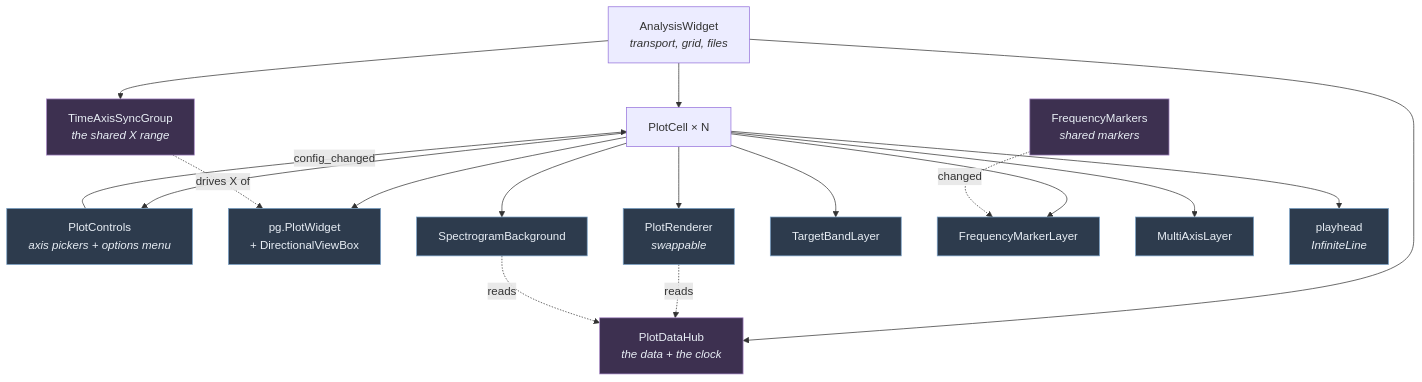
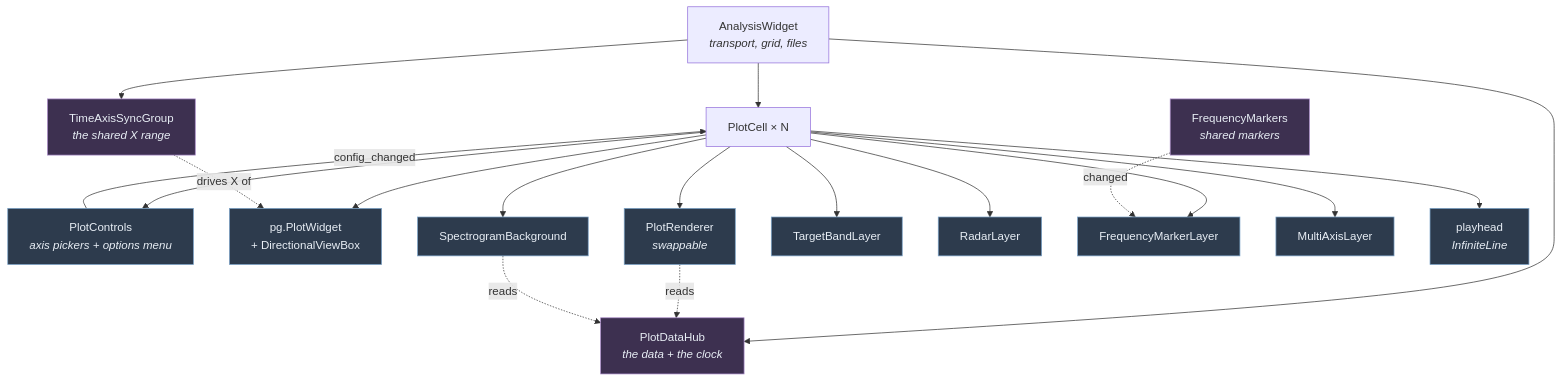
One commit to fabstr/voicevis changed the first of 7 diagrams in src/ui/plot/README.md. Above: the diagram before and after it, drawn with Mermaid. The commit also changed other lines of this file and 19 other files, not shown here.

Commit message:
Add radar chart

````diff
--- a/src/ui/plot/README.md
+++ b/src/ui/plot/README.md
@@ -38,30 +38,31 @@
 ```mermaid
 graph TD
     AW["AnalysisWidget<br/><i>transport, grid, files</i>"]
 
     AW --> HUB["PlotDataHub<br/><i>the data + the clock</i>"]
     AW --> SYNC["TimeAxisSyncGroup<br/><i>the shared X range</i>"]
     AW --> CELLS["PlotCell &times; N"]
 
     CELLS --> BAR["PlotControls<br/><i>axis pickers + options menu</i>"]
     CELLS --> PW["pg.PlotWidget<br/>+ DirectionalViewBox"]
     CELLS --> REND["PlotRenderer<br/><i>swappable</i>"]
     CELLS --> SPEC["SpectrogramBackground"]
     CELLS --> TB["TargetBandLayer"]
+    CELLS --> RL["RadarLayer"]
     CELLS --> FM["FrequencyMarkerLayer"]
     CELLS --> MA["MultiAxisLayer"]
     CELLS --> PH["playhead<br/><i>InfiniteLine</i>"]
 
     MK["FrequencyMarkers<br/><i>shared markers</i>"] -.changed.-> FM
 
     REND -.reads.-> HUB
     SPEC -.reads.-> HUB
     SYNC -.drives X of.-> PW
 
     BAR -->|config_changed| CELLS
 
     classDef owned fill:#2d3b4d,stroke:#7aa2c8,color:#e8eef5
     classDef state fill:#3d3050,stroke:#a98ac8,color:#e8eef5
     class HUB,SYNC,MK state
-    class BAR,PW,REND,SPEC,TB,FM,MA,PH owned
+    class BAR,PW,REND,SPEC,TB,RL,FM,MA,PH owned
 ```
````
